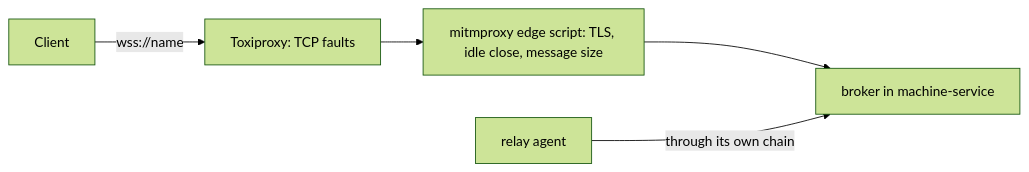
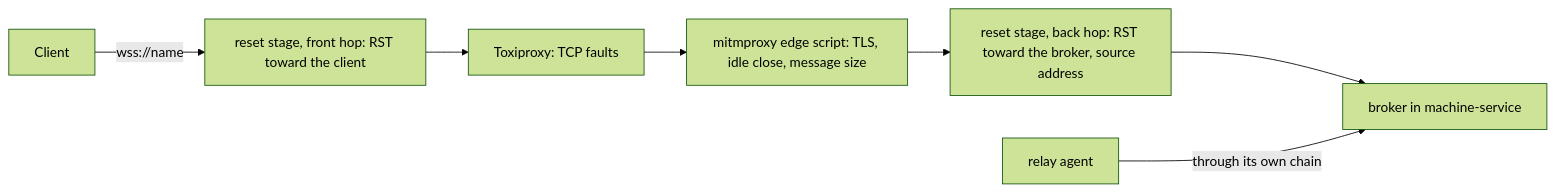
The diagram in docs/arch/test-layers.md (WeZZard/machine-service), drawn with Mermaid (forest theme) before and after one commit. The commit also changed other lines of this file and 16 other files, not shown here.

First line of the commit message:
network-rig: reset stage, Linux address change and Linux CI

````diff
--- a/docs/arch/test-layers.md
+++ b/docs/arch/test-layers.md
@@ -81,7 +86,9 @@
 ```mermaid
 flowchart LR
-    Client -->|wss://name| Toxi[Toxiproxy: TCP faults]
+    Client -->|wss://name| Front[reset stage, front hop: RST toward the client]
+    Front --> Toxi[Toxiproxy: TCP faults]
     Toxi --> Mitm[mitmproxy edge script: TLS, idle close, message size]
-    Mitm --> Broker[broker in machine-service]
+    Mitm --> Back[reset stage, back hop: RST toward the broker, source address]
+    Back --> Broker[broker in machine-service]
     Agent[relay agent] -->|through its own chain| Broker
 ```
````
